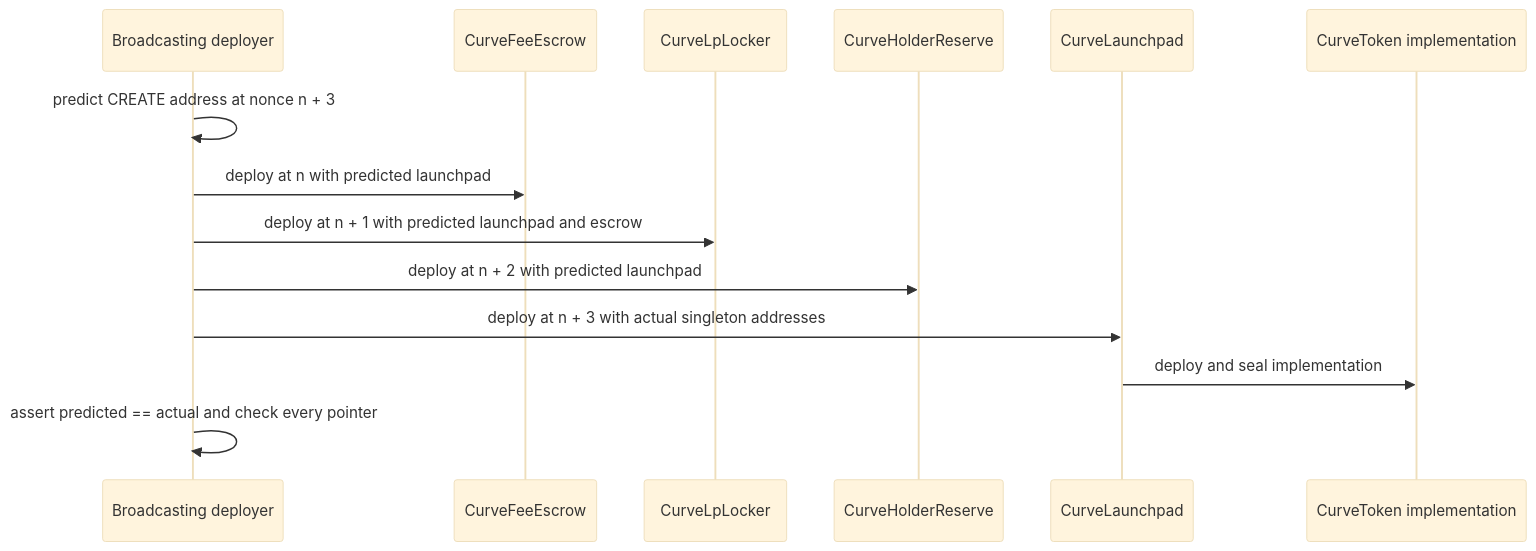
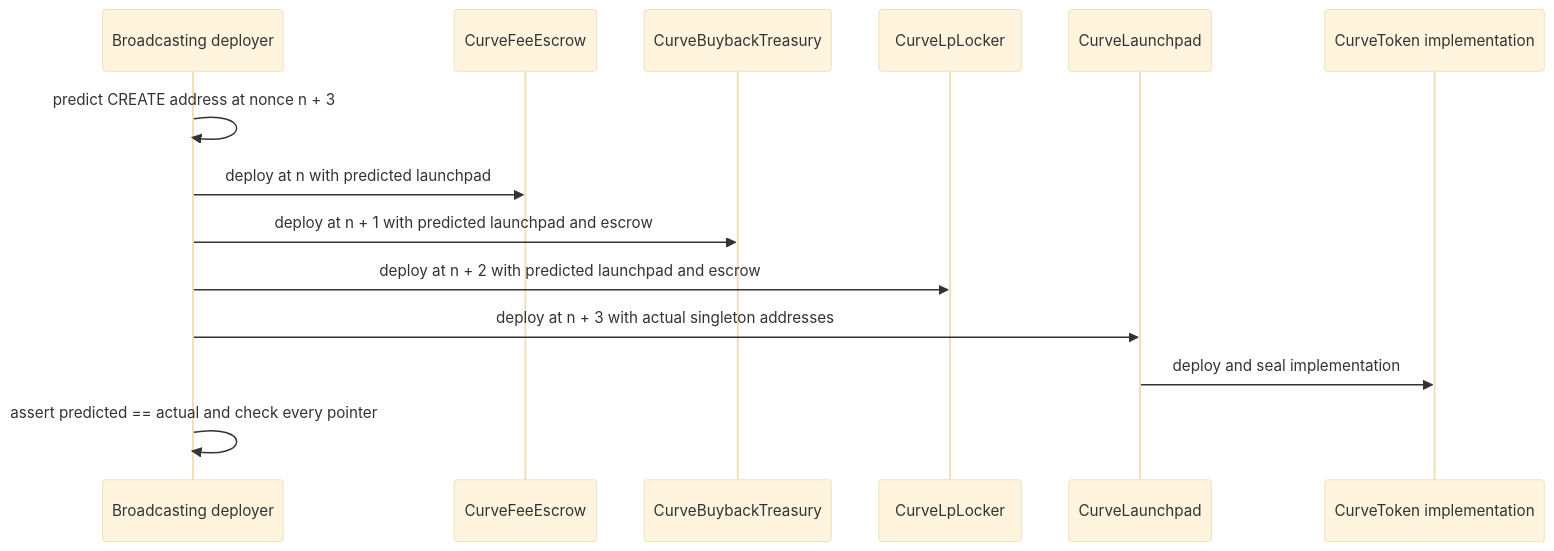
One commit to stagezerolabs/curveball.fun changed the second of 3 diagrams in contracts/docs/architecture.md. Above: the diagram before and after it, drawn with Mermaid (base theme). The commit also changed other lines of this file and 53 other files, not shown here.

````diff
--- a/contracts/docs/architecture.md
+++ b/contracts/docs/architecture.md
@@ -56,17 +59,17 @@
 ```mermaid
 sequenceDiagram
     participant D as Broadcasting deployer
     participant E as CurveFeeEscrow
+    participant B as CurveBuybackTreasury
     participant X as CurveLpLocker
-    participant R as CurveHolderReserve
     participant L as CurveLaunchpad
     participant T as CurveToken implementation
 
     D->>D: predict CREATE address at nonce n + 3
     D->>E: deploy at n with predicted launchpad
-    D->>X: deploy at n + 1 with predicted launchpad and escrow
-    D->>R: deploy at n + 2 with predicted launchpad
+    D->>B: deploy at n + 1 with predicted launchpad and escrow
+    D->>X: deploy at n + 2 with predicted launchpad and escrow
     D->>L: deploy at n + 3 with actual singleton addresses
     L->>T: deploy and seal implementation
     D->>D: assert predicted == actual and check every pointer
 ```
````
